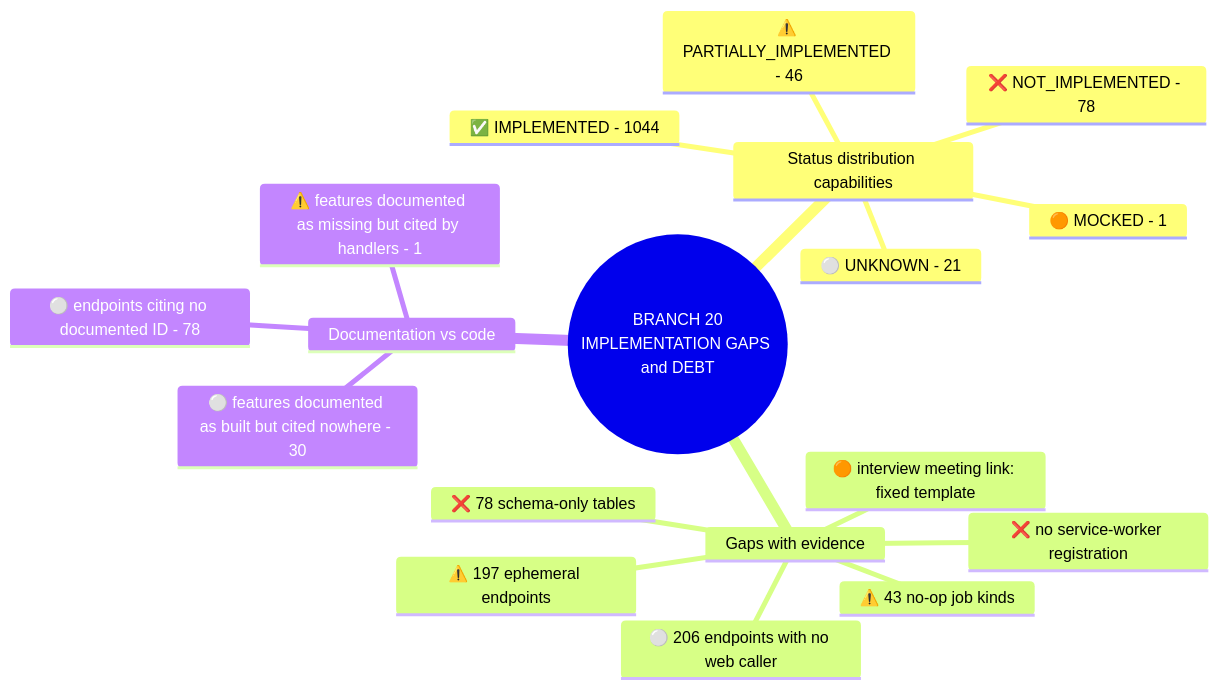
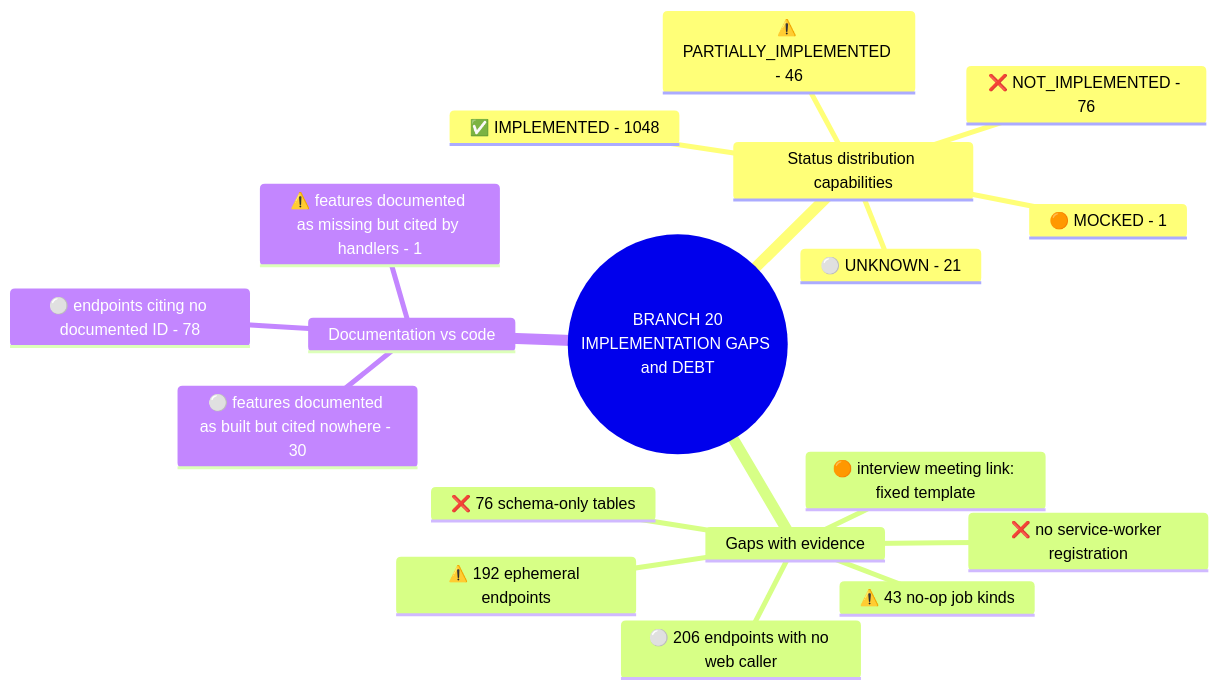
One commit to yhsomani/talentsphere-complete changed diagram 22 of 22 in project-mindmap/master/MASTER_PROJECT_DIAGRAMS.md. Above: the diagram before and after it, drawn with Mermaid. The commit also changed other lines of this file and 44 other files, not shown here.

First line of the commit message:
docs: dedup scan, doc-to-code sync and mind map refresh

````diff
--- a/project-mindmap/master/MASTER_PROJECT_DIAGRAMS.md
+++ b/project-mindmap/master/MASTER_PROJECT_DIAGRAMS.md
@@ -598,21 +598,21 @@
 ```mermaid
 mindmap
   root(("BRANCH 20<br/>IMPLEMENTATION GAPS and DEBT"))
     Status distribution capabilities
-      ✅ IMPLEMENTED - 1044
-      ❌ NOT_IMPLEMENTED - 78
+      ✅ IMPLEMENTED - 1048
+      ❌ NOT_IMPLEMENTED - 76
       ⚠️ PARTIALLY_IMPLEMENTED - 46
       ⚪ UNKNOWN - 21
       🟠 MOCKED - 1
     Gaps with evidence
-      ⚠️ 197 ephemeral endpoints
-      ❌ 78 schema-only tables
+      ⚠️ 192 ephemeral endpoints
+      ❌ 76 schema-only tables
       ⚪ 206 endpoints with no web caller
       ⚠️ 43 no-op job kinds
       🟠 interview meeting link: fixed template
       ❌ no service-worker registration
     Documentation vs code
       ⚪ features documented as built but cited nowhere - 30
       ⚠️ features documented as missing but cited by handlers - 1
       ⚪ endpoints citing no documented ID - 78
 ```
````
